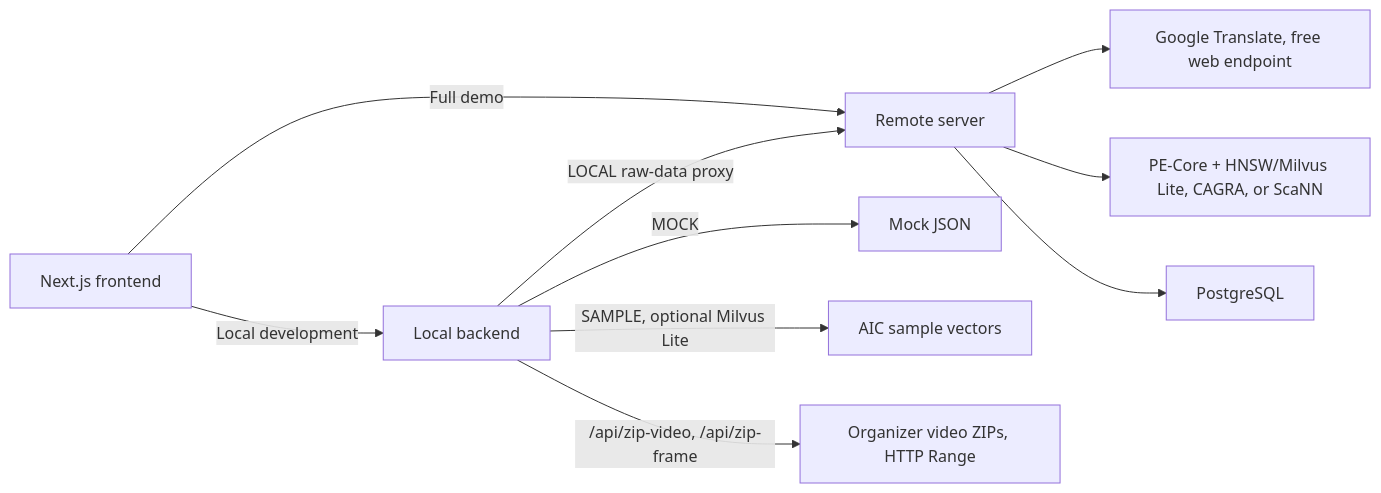
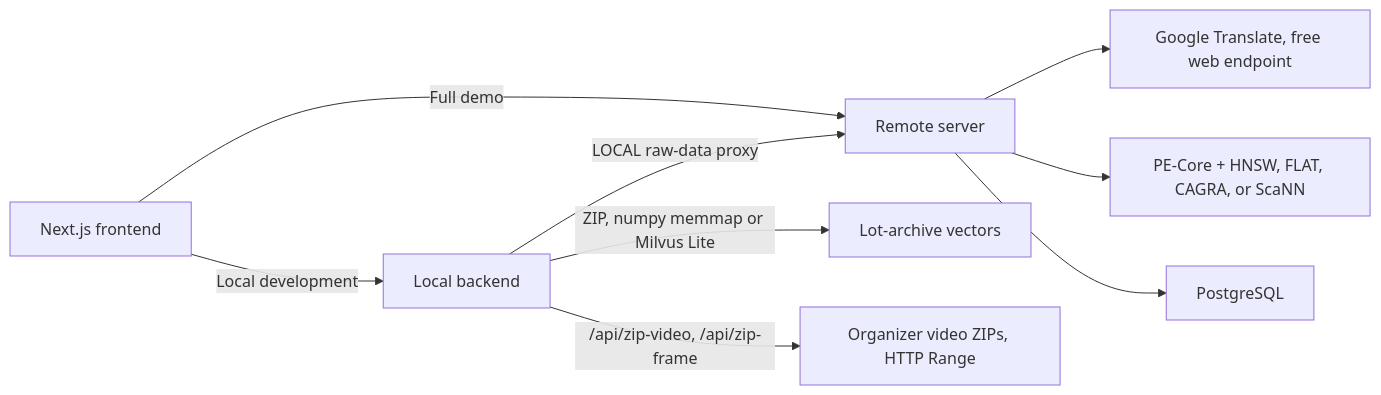
One commit to vtphatt2/AIC-HCMC-2026 changed the first of 2 diagrams in docs/architecture.md. Above: the diagram before and after it, drawn with Mermaid. The commit also changed other lines of this file and 11 other files, not shown here.

First line of the commit message:
docs: restructure around the backend flow and the zip media path

````diff
--- a/docs/architecture.md
+++ b/docs/architecture.md
@@ -9,22 +13,20 @@
 ```mermaid
 flowchart LR
     UI[Next.js frontend]
     LB[Local backend]
     RB[Remote server]
-    MOCK[Mock JSON]
-    SAMPLE[AIC sample vectors]
-    SEARCH[PE-Core + HNSW/Milvus Lite, CAGRA, or ScaNN]
+    VEC[Lot-archive vectors]
+    SEARCH[PE-Core + HNSW, FLAT, CAGRA, or ScaNN]
     TEXT[PostgreSQL]
     TRANS[Google Translate, free web endpoint]
     ZIP[Organizer video ZIPs, HTTP Range]
 
     UI -->|Local development| LB
-    LB -->|MOCK| MOCK
-    LB -->|SAMPLE, optional Milvus Lite| SAMPLE
+    LB -->|ZIP, numpy memmap or Milvus Lite| VEC
     LB -->|LOCAL raw-data proxy| RB
     LB -->|/api/zip-video, /api/zip-frame| ZIP
     UI -->|Full demo| RB
     RB --> TRANS
     RB --> SEARCH
     RB --> TEXT
 ```
````
